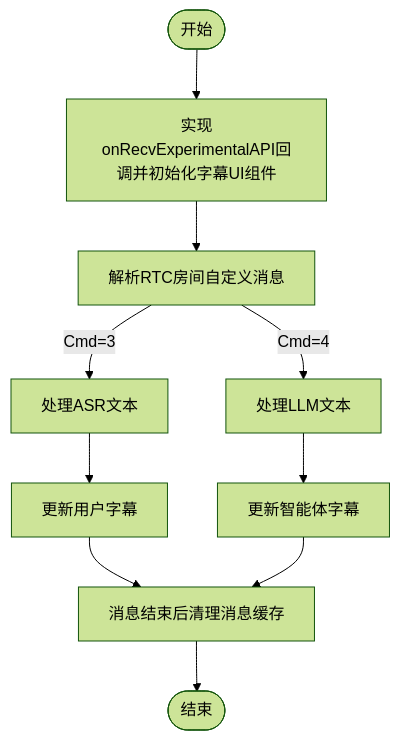
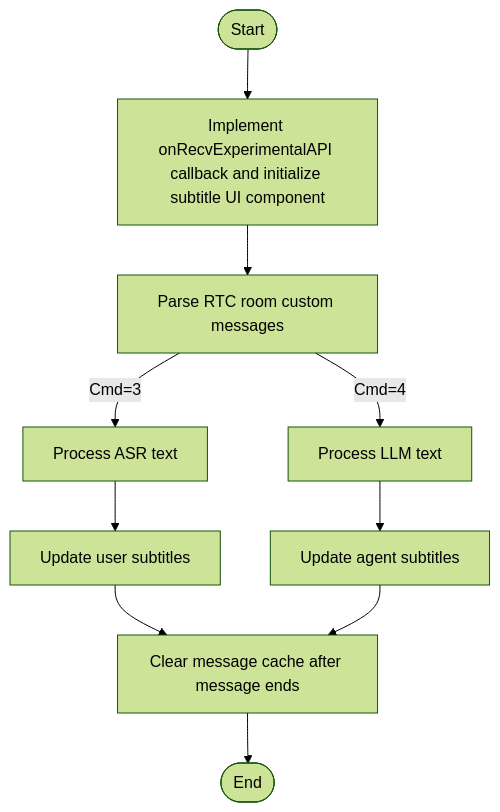
One commit to ZEGOCLOUD/docs_all changed the diagram in core_products/aiagent/en/docs_aiagent_android/Guides/Display subtitles.mdx. Above: the diagram before and after it, drawn with Mermaid (forest theme). The commit also changed other lines of this file and 6 other files, not shown here.

````diff
--- a/core_products/aiagent/en/docs_aiagent_android/Guides/Display subtitles.mdx
+++ b/core_products/aiagent/en/docs_aiagent_android/Guides/Display subtitles.mdx
@@ -24,12 +23,12 @@
 ```mermaid
 flowchart TD
-    Start([开始]) --> Init[实现onRecvExperimentalAPI回调并初始化字幕UI组件]
-    Init --> ParseMessage[解析RTC房间自定义消息]
-    ParseMessage --> |Cmd=3| ProcessASR[处理ASR文本]
-    ParseMessage --> |Cmd=4| ProcessLLM[处理LLM文本]
-    ProcessASR --> UpdateSubtitles1[更新用户字幕]
-    ProcessLLM --> UpdateSubtitles2[更新智能体字幕]
-    UpdateSubtitles1 --> HandleEndFlags[消息结束后清理消息缓存]
-    UpdateSubtitles2 --> HandleEndFlags[消息结束后清理消息缓存]
-    HandleEndFlags --> End([结束])
+    Start([Start]) --> Init[Implement onRecvExperimentalAPI callback and initialize subtitle UI component]
+    Init --> ParseMessage[Parse RTC room custom messages]
+    ParseMessage --> |Cmd=3| ProcessASR[Process ASR text]
+    ParseMessage --> |Cmd=4| ProcessLLM[Process LLM text]
+    ProcessASR --> UpdateSubtitles1[Update user subtitles]
+    ProcessLLM --> UpdateSubtitles2[Update agent subtitles]
+    UpdateSubtitles1 --> HandleEndFlags[Clear message cache after message ends]
+    UpdateSubtitles2 --> HandleEndFlags[Clear message cache after message ends]
+    HandleEndFlags --> End([End])
 ```
````
